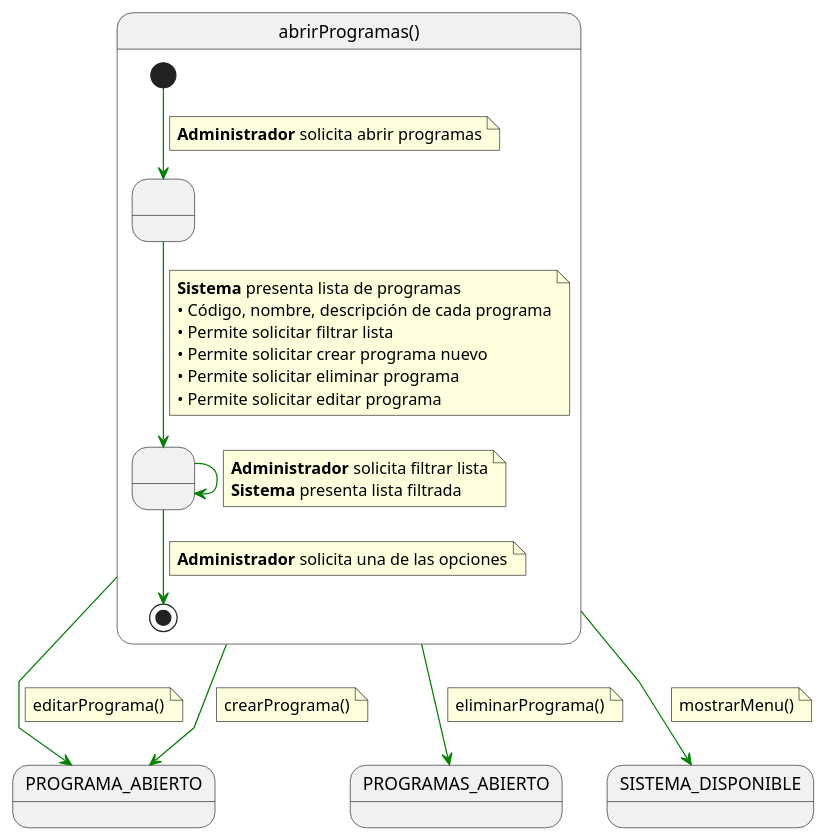
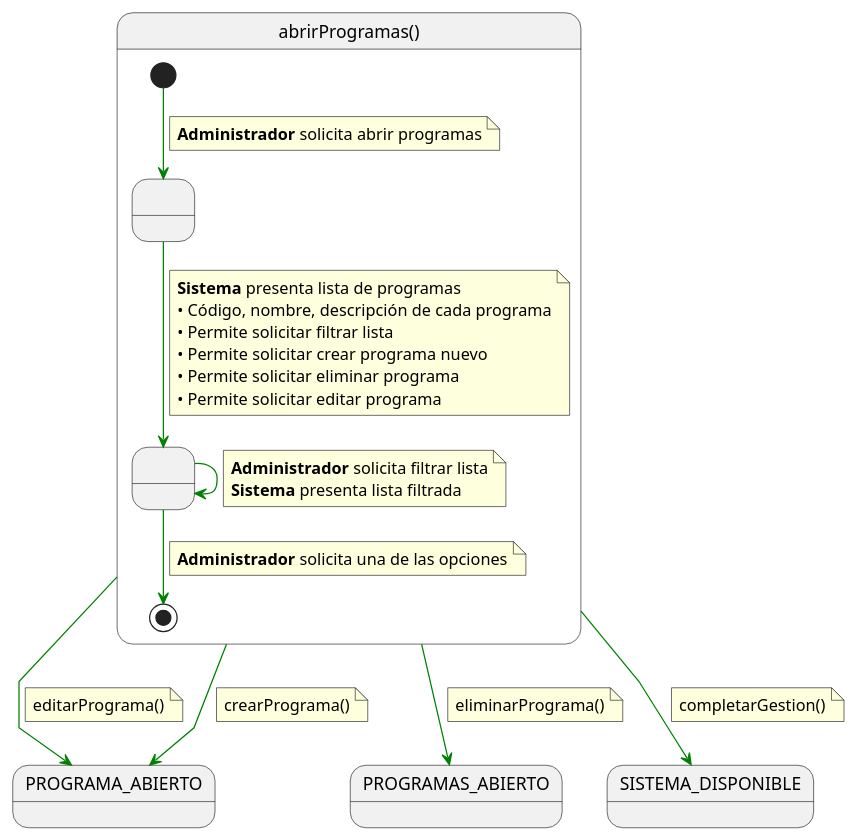
Before and after one commit to Hexcss/scheduler: the diagram in RUP/00-casos-uso/02-detalle/abrirProgramas/especificacion.puml, drawn with PlantUML. The commit also changed 27 other files, not shown here.

```diff
--- a/RUP/00-casos-uso/02-detalle/abrirProgramas/especificacion.puml
+++ b/RUP/00-casos-uso/02-detalle/abrirProgramas/especificacion.puml
@@ -1,57 +1,57 @@
 @startuml abrirProgramas
 
 skinparam linetype polyline
 
 state abrirProgramas as "abrirProgramas()" {
 
     state " " as MostrandoLista
     state " " as FiltrandoLista
 
     [*] -[#green]-> MostrandoLista 
     note on link
     <b>Administrador</b> solicita abrir programas
     end note    
     
     MostrandoLista -[#green]-> FiltrandoLista
     note on link
     <b>Sistema</b> presenta lista de programas
     • Código, nombre, descripción de cada programa
     • Permite solicitar filtrar lista
     • Permite solicitar crear programa nuevo
     • Permite solicitar eliminar programa
     • Permite solicitar editar programa
     end note
     
     FiltrandoLista -[#green]-> FiltrandoLista
     note on link
     <b>Administrador</b> solicita filtrar lista
     <b>Sistema</b> presenta lista filtrada
     end note
     
     FiltrandoLista -[#green]-> [*]
     note on link
     <b>Administrador</b> solicita una de las opciones
     end note
 }
 
 abrirProgramas -[#green]-> PROGRAMA_ABIERTO
 note on link
 editarPrograma()
 end note
 
 abrirProgramas -[#green]-> PROGRAMA_ABIERTO
 note on link
 crearPrograma()
 end note
 
 abrirProgramas -[#green]-> PROGRAMAS_ABIERTO
 note on link
 eliminarPrograma()
 end note
 
 abrirProgramas -[#green]-> SISTEMA_DISPONIBLE
 note on link
-mostrarMenu()
+completarGestion()
 end note
 
 @enduml
```
